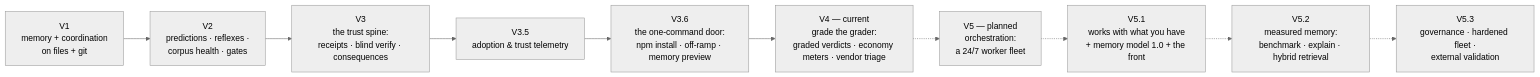
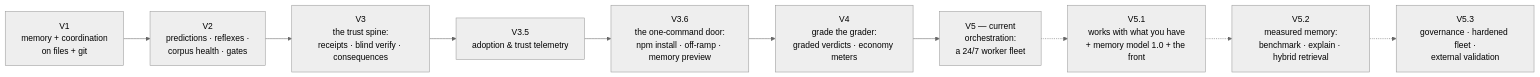
Before and after one commit to sma-framework/sma: the diagram in ROADMAP.md, drawn with Mermaid (neutral theme). The commit also changed other lines of this file and 4 other files, not shown here.

First line of the commit message:
docs: roadmap around shipped v5 + full Russian copy; master map gains the V5 layer

````diff
--- a/ROADMAP.md
+++ b/ROADMAP.md
@@ -9,12 +9,12 @@
 ```mermaid
 flowchart LR
     V1["V1<br>memory + coordination<br>on files + git"] --> V2["V2<br>predictions · reflexes ·<br>corpus health · gates"]
     V2 --> V3["V3<br>the trust spine:<br>receipts · blind verify · consequences"]
     V3 --> V35["V3.5<br>adoption & trust telemetry"]
     V35 --> V36["V3.6<br>the one-command door:<br>npm install · off-ramp · memory preview"]
-    V36 --> V4["V4 — current<br>grade the grader:<br>graded verdicts · economy meters · vendor triage"]
-    V4 -.-> V5["V5 — planned<br>orchestration:<br>a 24/7 worker fleet"]
+    V36 --> V4["V4<br>grade the grader:<br>graded verdicts · economy meters"]
+    V4 --> V5["V5 — current<br>orchestration:<br>a 24/7 worker fleet"]
     V5 -.-> V51["V5.1<br>works with what you have<br>+ memory model 1.0 + the front"]
     V51 -.-> V52["V5.2<br>measured memory:<br>benchmark · explain · hybrid retrieval"]
     V52 -.-> V53["V5.3<br>governance · hardened fleet ·<br>external validation"]
 ```
````
